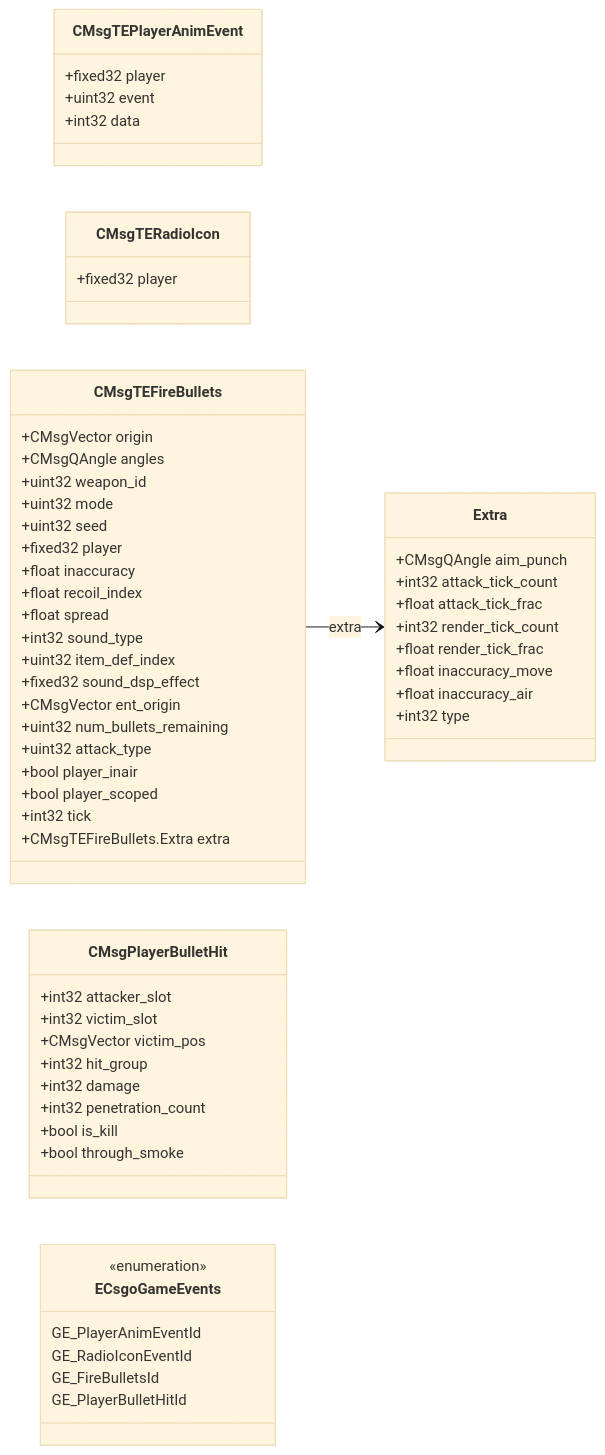
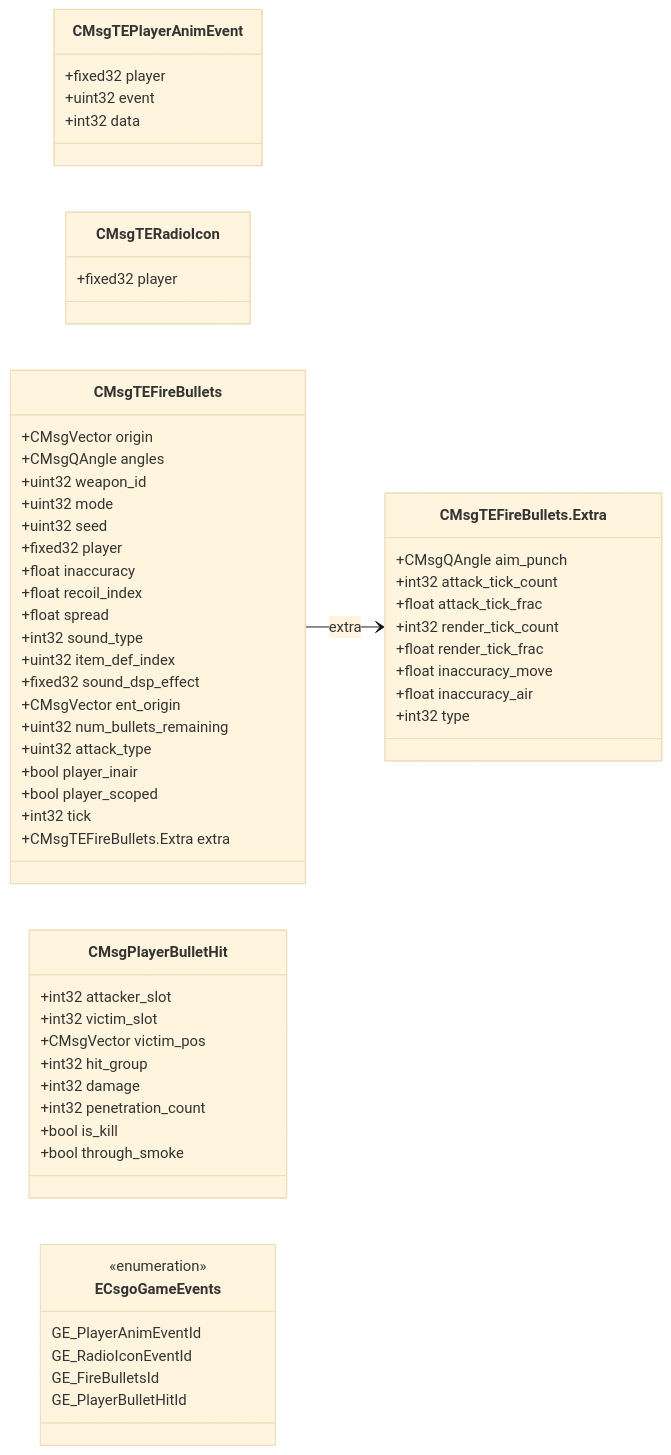
One commit to CS2OpenDev/CS2OpenDev-Docs changed the diagram in docs/generated/proto/cs_gameevents.md. Above: the diagram before and after it, drawn with Mermaid (base theme). The commit also changed other lines of this file and 4525 other files, not shown here.

````diff
--- a/docs/generated/proto/cs_gameevents.md
+++ b/docs/generated/proto/cs_gameevents.md
@@ -17,69 +16,69 @@
 ```mermaid
 classDiagram
 direction LR
 
   class CMsgTEPlayerAnimEvent {
     +fixed32 player
     +uint32 event
     +int32 data
   }
 
   class CMsgTERadioIcon {
     +fixed32 player
   }
 
   class CMsgTEFireBullets {
     +CMsgVector origin
     +CMsgQAngle angles
     +uint32 weapon_id
     +uint32 mode
     +uint32 seed
     +fixed32 player
     +float inaccuracy
     +float recoil_index
     +float spread
     +int32 sound_type
     +uint32 item_def_index
     +fixed32 sound_dsp_effect
     +CMsgVector ent_origin
     +uint32 num_bullets_remaining
     +uint32 attack_type
     +bool player_inair
     +bool player_scoped
     +int32 tick
     +CMsgTEFireBullets.Extra extra
   }
 
-  class Extra {
+  class CMsgTEFireBullets_Extra["CMsgTEFireBullets.Extra"] {
     +CMsgQAngle aim_punch
     +int32 attack_tick_count
     +float attack_tick_frac
     +int32 render_tick_count
     +float render_tick_frac
     +float inaccuracy_move
     +float inaccuracy_air
     +int32 type
   }
 
   class CMsgPlayerBulletHit {
     +int32 attacker_slot
     +int32 victim_slot
     +CMsgVector victim_pos
     +int32 hit_group
     +int32 damage
     +int32 penetration_count
     +bool is_kill
     +bool through_smoke
   }
 
-  CMsgTEFireBullets --> Extra : extra
+  CMsgTEFireBullets --> CMsgTEFireBullets_Extra : extra
 
   class ECsgoGameEvents{
     <<enumeration>>
     GE_PlayerAnimEventId
     GE_RadioIconEventId
     GE_FireBulletsId
     GE_PlayerBulletHitId
   }
 
 ```
````
